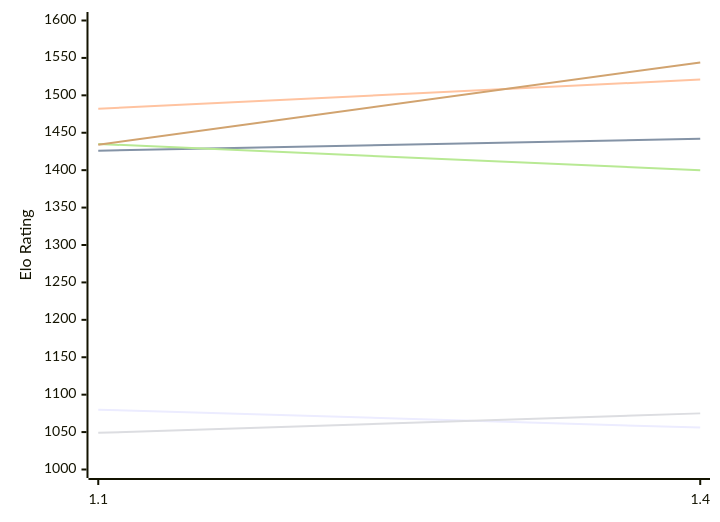
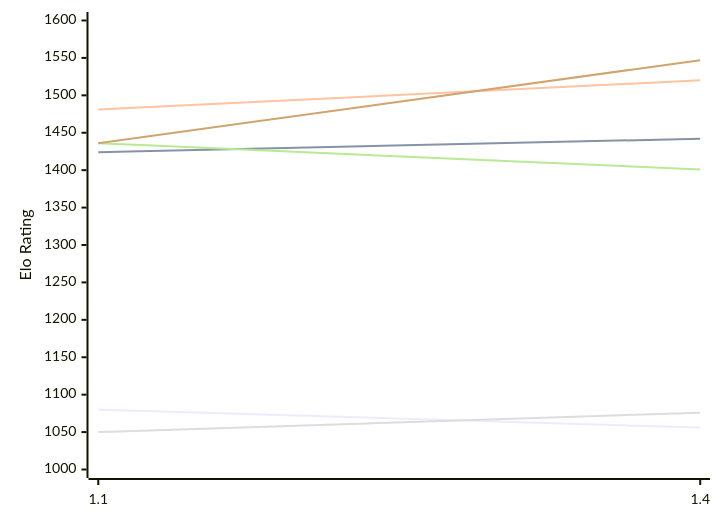
One commit to computer-chess-index/cci changed the first of 2 diagrams in engines/USunfish.md. Above: the diagram before and after it, drawn with Mermaid. The commit also changed other lines of this file, not shown here.

Commit message:
Update CCI Ratings (ELO VLTC) - 2026-11-23

````diff
--- a/engines/USunfish.md
+++ b/engines/USunfish.md
@@ -50,12 +50,12 @@
 ```mermaid
 %%{init: {"theme":"base","themeVariables":{"seriesColors:['#a3a3a3','#222221','#faa371']}}}%%
 xychart-beta
   x-axis ["1.1", "1.4"]
   y-axis "Elo Rating" 1000 --> 1600
   line "E1: STC (8.0+0.08s)" [1080, 1056]
-  line "E1: LTC (60.0+0.60s)" [1426, 1442]
-  line "E1: VLTC (2m24s+1.12s)" [1482, 1521]
-  line "P1: STC (8.0+0.08s)" [1049, 1075]
-  line "P1: LTC (60.0+0.60s)" [1435, 1400]
-  line "P1: VLTC (2m24s+1.12s)" [1434, 1544]
+  line "E1: LTC (60.0+0.60s)" [1424, 1442]
+  line "E1: VLTC (2m24s+1.12s)" [1481, 1520]
+  line "P1: STC (8.0+0.08s)" [1050, 1076]
+  line "P1: LTC (60.0+0.60s)" [1436, 1401]
+  line "P1: VLTC (2m24s+1.12s)" [1436, 1547]
 ```
````
